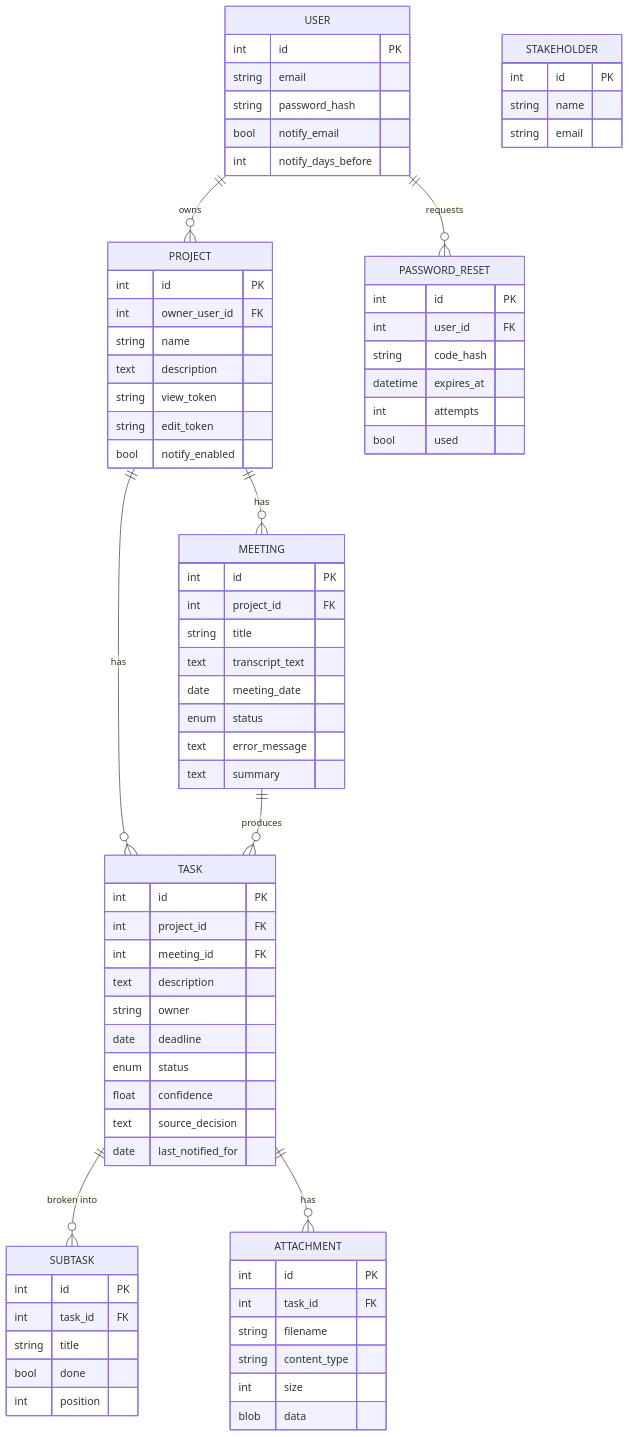
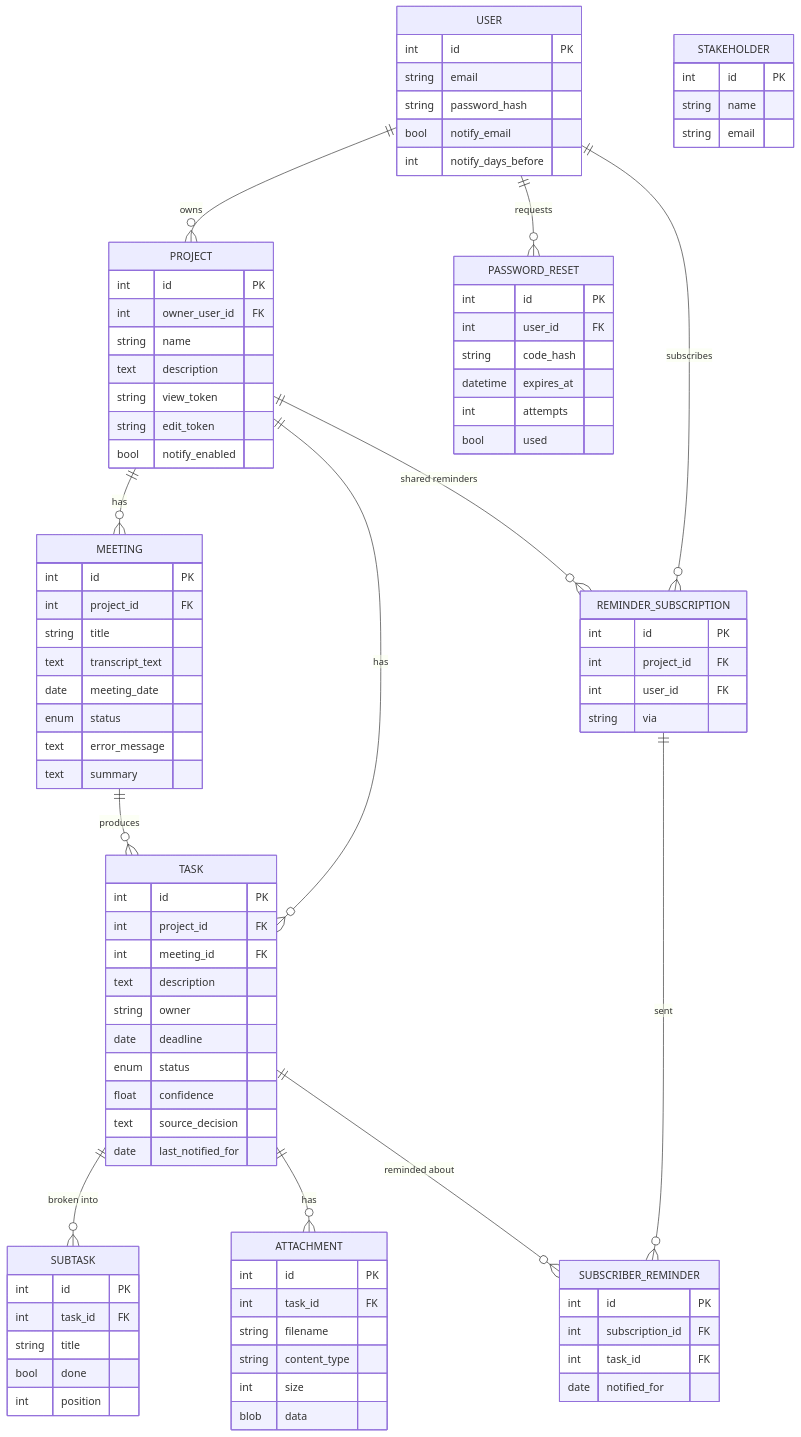
Before and after one commit to chinliong/meeting-orchestrator: the third of 3 diagrams in docs/architecture.md, drawn with Mermaid. The commit also changed other lines of this file and 17 other files, not shown here.

First line of the commit message:
Let people a board is shared with get its reminders

````diff
--- a/docs/architecture.md
+++ b/docs/architecture.md
@@ -212,6 +225,10 @@
     MEETING ||--o{ TASK : produces
     TASK ||--o{ SUBTASK : "broken into"
     TASK ||--o{ ATTACHMENT : has
+    PROJECT ||--o{ REMINDER_SUBSCRIPTION : "shared reminders"
+    USER ||--o{ REMINDER_SUBSCRIPTION : "subscribes"
+    REMINDER_SUBSCRIPTION ||--o{ SUBSCRIBER_REMINDER : "sent"
+    TASK ||--o{ SUBSCRIBER_REMINDER : "reminded about"
     USER {
         int id PK
         string email
@@ -278,4 +295,16 @@
         string name
         string email
     }
+    REMINDER_SUBSCRIPTION {
+        int id PK
+        int project_id FK
+        int user_id FK
+        string via
+    }
+    SUBSCRIBER_REMINDER {
+        int id PK
+        int subscription_id FK
+        int task_id FK
+        date notified_for
+    }
 ```
````
